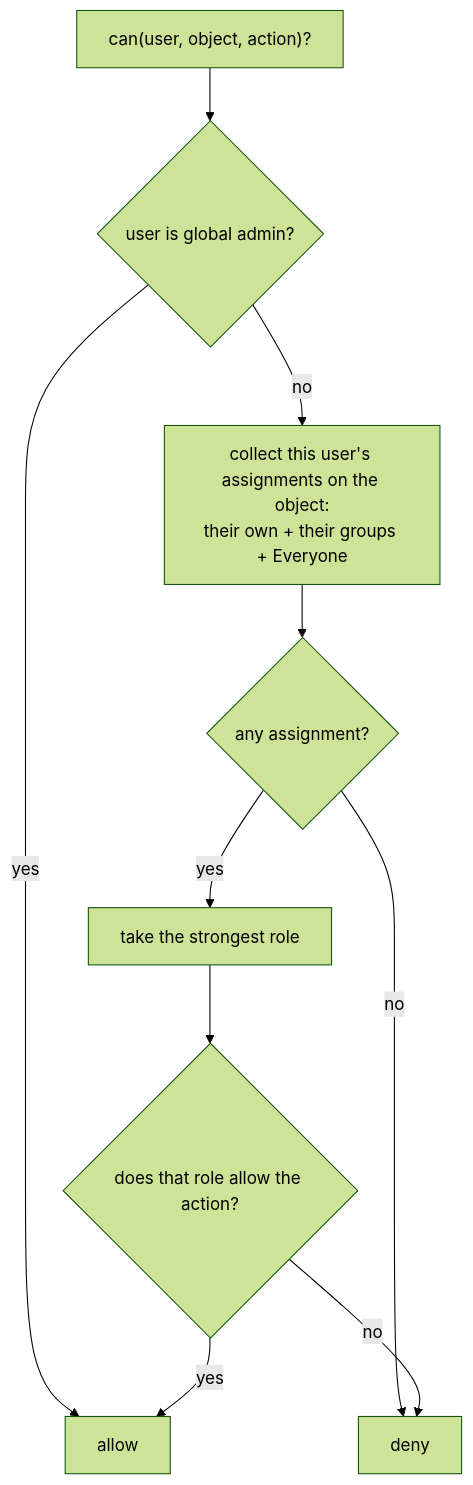
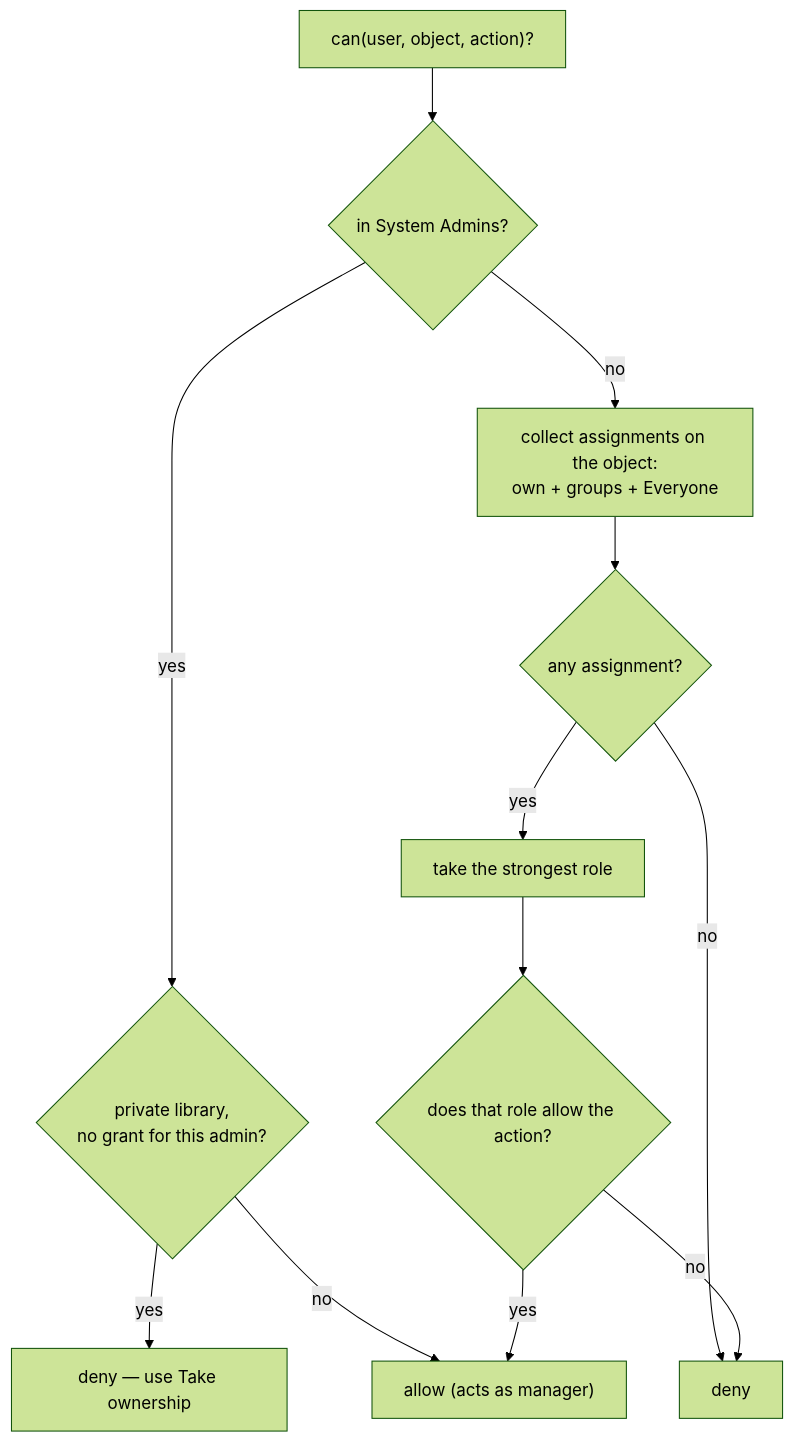
Before and after one commit to isputnikdotnet/isputnik.home: the first of 2 diagrams in Documents/permissions.md, drawn with Mermaid (forest theme). The commit also changed other lines of this file, not shown here.

First line of the commit message:
docs(permissions): admins as a built-in System Admins group

````diff
--- a/Documents/permissions.md
+++ b/Documents/permissions.md
@@ -86,12 +114,14 @@
 ```mermaid
 flowchart TD
-    Start["can(user, object, action)?"] --> Admin{"user is global admin?"}
-    Admin -- yes --> Allow["allow"]
-    Admin -- no --> Gather["collect this user's assignments on the object:<br/>their own + their groups + Everyone"]
+    Start["can(user, object, action)?"] --> Admin{"in System Admins?"}
+    Admin -- yes --> Priv{"private library,<br/>no grant for this admin?"}
+    Priv -- yes --> DenyA["deny — use Take ownership"]
+    Priv -- no --> Allow["allow (acts as manager)"]
+    Admin -- no --> Gather["collect assignments on the object:<br/>own + groups + Everyone"]
     Gather --> Has{"any assignment?"}
     Has -- no --> Deny["deny"]
     Has -- yes --> Strong["take the strongest role"]
     Strong --> Map{"does that role allow the action?"}
     Map -- yes --> Allow
     Map -- no --> Deny
 ```
````
